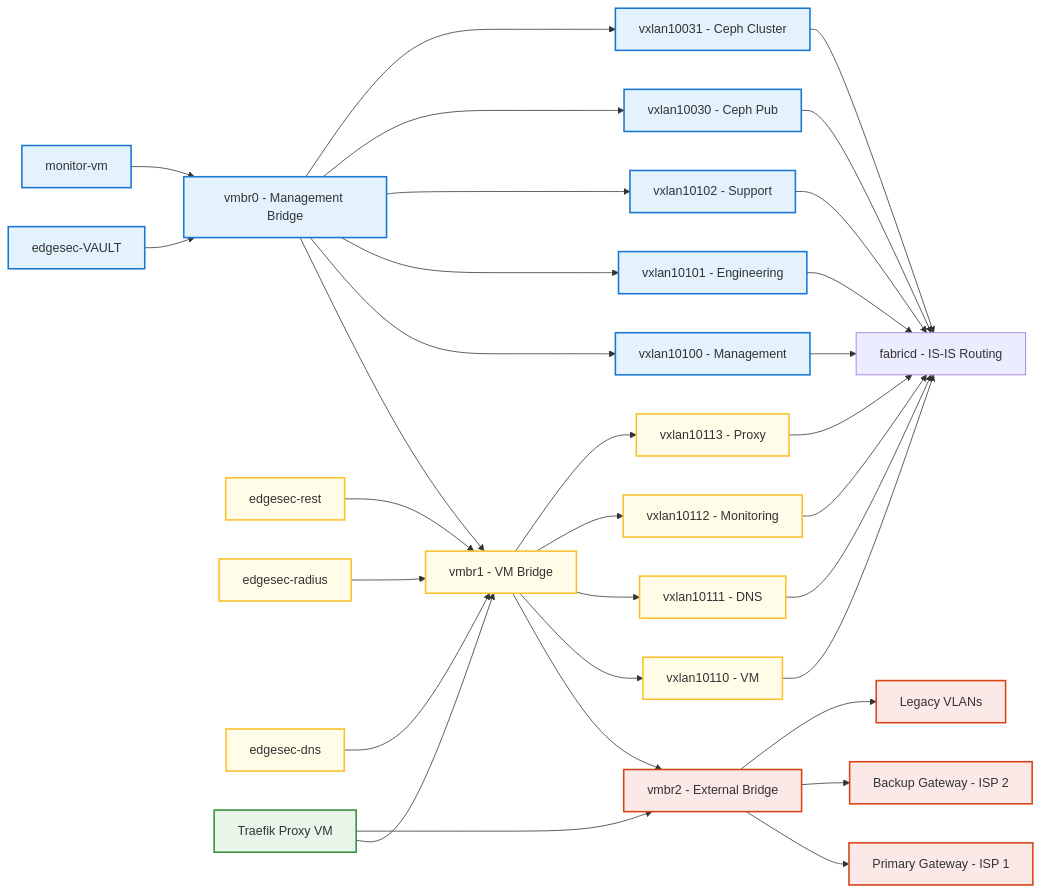
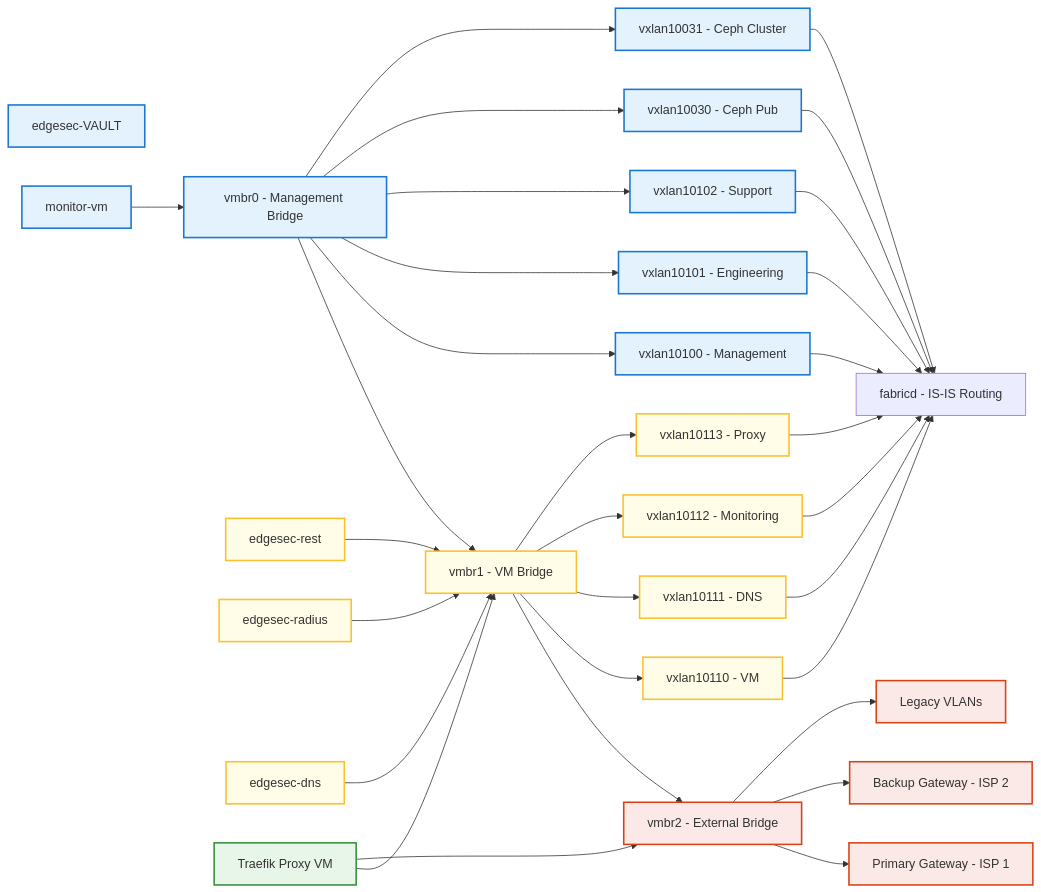
Before and after one commit to CEP-Comwell/proxmox_addons: the diagram in README.md, drawn with Mermaid.

Commit message:
updatd graph LR on README.md

```diff
--- a/README.md
+++ b/README.md
@@ -93,7 +93,6 @@
 	MgmtBridge --> VMBridge --> ExtBridge
 
 	%% Service VMs to bridges
-	VaultVM --> MgmtBridge
 	MonitorVM --> MgmtBridge
 	RestVM --> VMBridge
 	RadiusVM --> VMBridge
```
